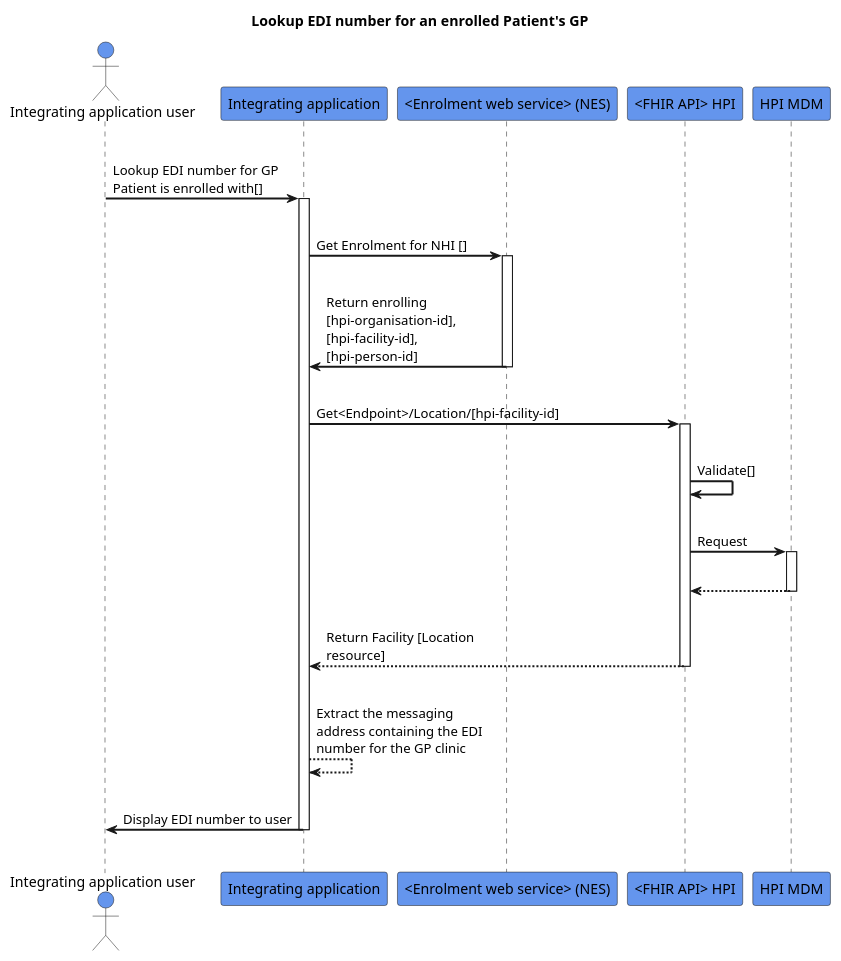
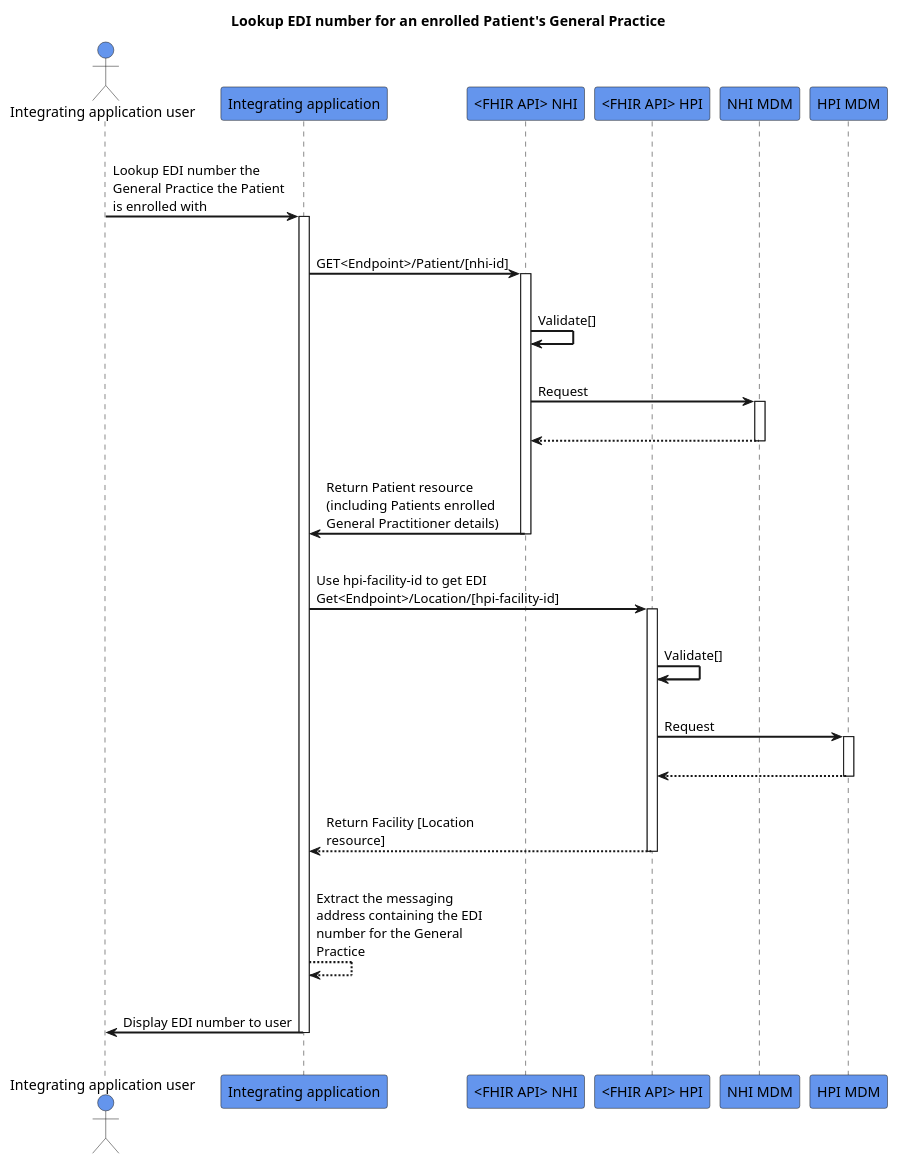
The diagram in input/images-source/lookup-edi-number.plantuml (HL7NZ/hpi), drawn with PlantUML before and after one commit.

```diff
--- a/input/images-source/lookup-edi-number.plantuml
+++ b/input/images-source/lookup-edi-number.plantuml
@@ -1,41 +1,50 @@
 @startuml
 skinparam sequenceArrowThickness 2
 skinparam roundcorner 5
 skinparam maxmessagesize 180
 skinparam sequenceParticipant bold
-title Lookup EDI number for an enrolled Patient's GP
+title Lookup EDI number for an enrolled Patient's General Practice
 actor "Integrating application user" as User #CornflowerBlue
 participant "Integrating application" as A #CornflowerBlue
-participant "<Enrolment web service> (NES)" as B #CornflowerBlue
+participant "<FHIR API> NHI" as B #CornflowerBlue
 participant "<FHIR API> HPI" as C #CornflowerBlue
-participant "HPI MDM" as D #CornflowerBlue
+participant "NHI MDM" as D #CornflowerBlue
+participant "HPI MDM" as E #CornflowerBlue
 |||
-User -> A: Lookup EDI number for GP Patient is enrolled with[]
+User -> A: Lookup EDI number the General Practice the Patient is enrolled with
 activate A
 |||
-A -> B: Get Enrolment for NHI []
+A -> B: GET<Endpoint>/Patient/[nhi-id]
 activate B
 |||
-B -> A: Return enrolling [hpi-organisation-id], [hpi-facility-id], [hpi-person-id]
+B -> B: Validate[]
+|||
+B -> D: Request
+activate D
+|||
+D -[dashed]-> B:  
+deactivate D
+|||
+B -> A: Return Patient resource (including Patients enrolled General Practitioner details)
 deactivate B
 |||
-A -> C: Get<Endpoint>/Location/[hpi-facility-id]
+A -> C: Use hpi-facility-id to get EDI Get<Endpoint>/Location/[hpi-facility-id]
 activate C
 |||
 C -> C: Validate[]
 |||
-C -> D: Request
-activate D
+C -> E: Request
+activate E
 |||
-D -[dashed]-> C:  
-deactivate D
+E -[dashed]-> C:  
+deactivate E
 |||
 C -[dashed]-> A:Return Facility [Location resource]
 deactivate C
 |||
-A -[dashed]-> A: Extract the messaging address containing the EDI number for the GP clinic
+A -[dashed]-> A: Extract the messaging address containing the EDI number for the General Practice
 |||
 A -> User: Display EDI number to user
 deactivate A
 |||
 @enduml
```
